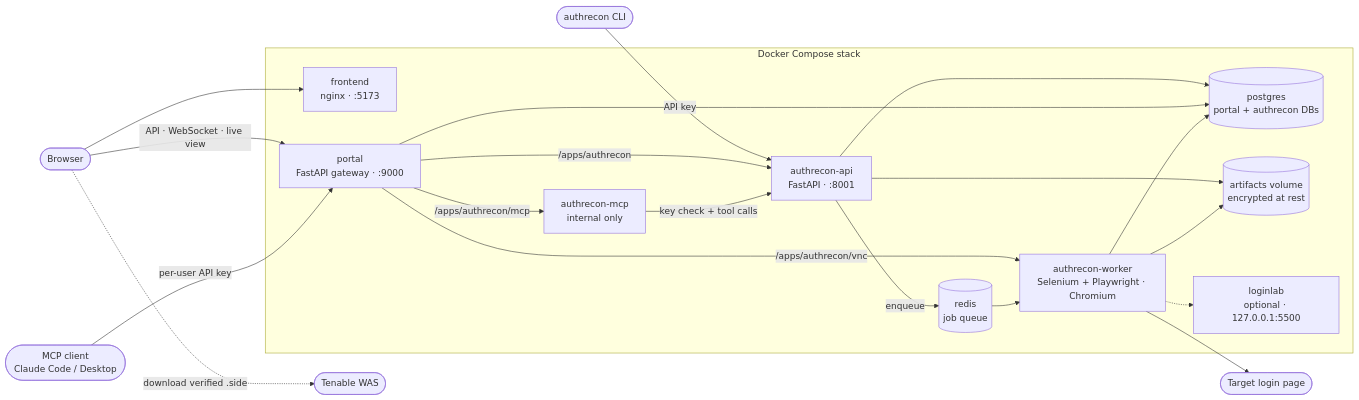
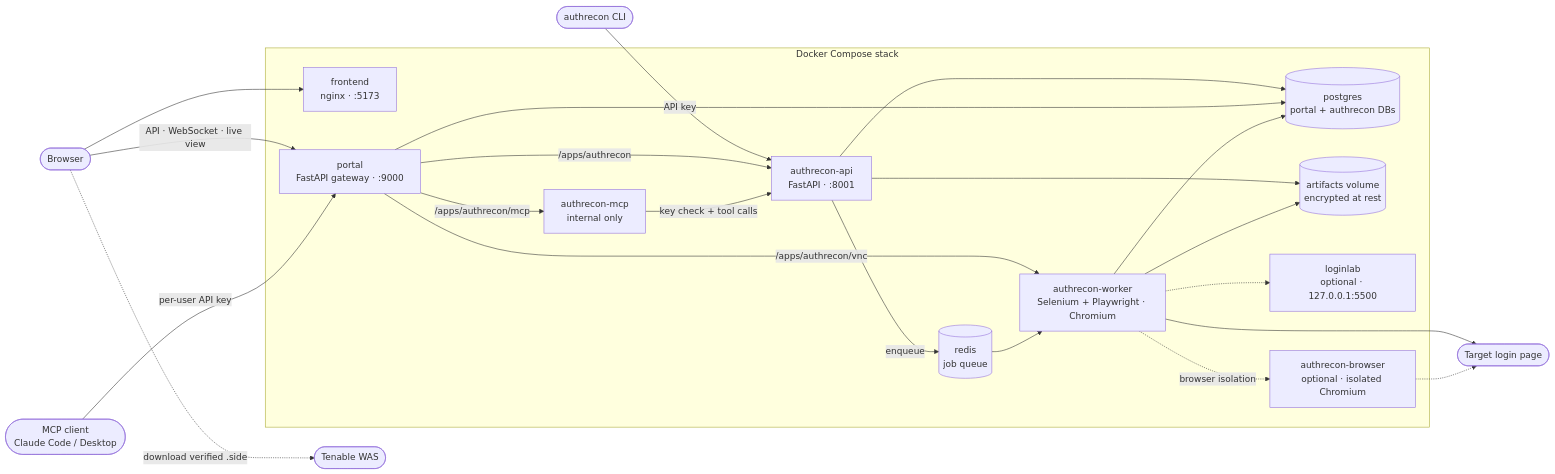
The diagram in README.md (AuthRecon/AuthRecon), drawn with Mermaid before and after one commit. The commit also changed other lines of this file and 113 other files, not shown here.

````diff
--- a/README.md
+++ b/README.md
@@ -51,40 +52,43 @@
 ```mermaid
 flowchart LR
     user([Browser])
     ai([MCP client<br/>Claude Code / Desktop])
     cli([authrecon CLI])
     was([Tenable WAS])
 
     subgraph stack[Docker Compose stack]
         fe[frontend<br/>nginx · :5173]
         portal[portal<br/>FastAPI gateway · :9000]
         api[authrecon-api<br/>FastAPI · :8001]
         mcp[authrecon-mcp<br/>internal only]
         worker[authrecon-worker<br/>Selenium + Playwright · Chromium]
         redis[(redis<br/>job queue)]
         pg[(postgres<br/>portal + authrecon DBs)]
         art[(artifacts volume<br/>encrypted at rest)]
         lab[loginlab<br/>optional · 127.0.0.1:5500]
+        br[authrecon-browser<br/>optional · isolated Chromium]
     end
 
     target([Target login page])
 
     user --> fe
     user -- "API · WebSocket · live view" --> portal
     ai -- "per-user API key" --> portal
     cli -- "API key" --> api
     portal -- "/apps/authrecon" --> api
     portal -- "/apps/authrecon/mcp" --> mcp
     portal -- "/apps/authrecon/vnc" --> worker
     mcp -- "key check + tool calls" --> api
     api -- enqueue --> redis
     redis --> worker
     api --> pg
     portal --> pg
     worker --> pg
     api --> art
     worker --> art
     worker --> target
     worker -.-> lab
+    worker -. "browser isolation" .-> br
+    br -.-> target
     user -. "download verified .side" .-> was
 ```
````
